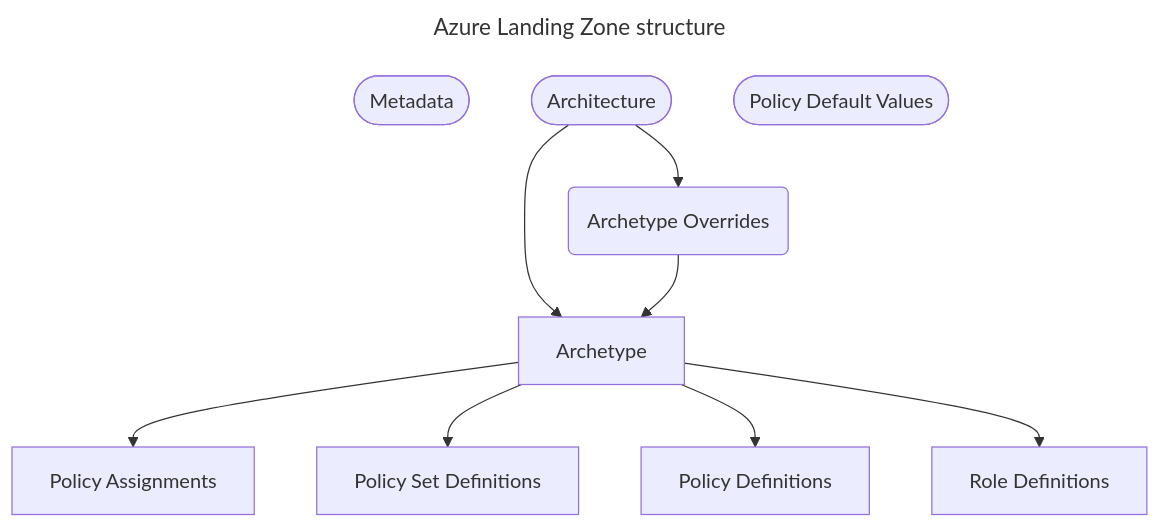
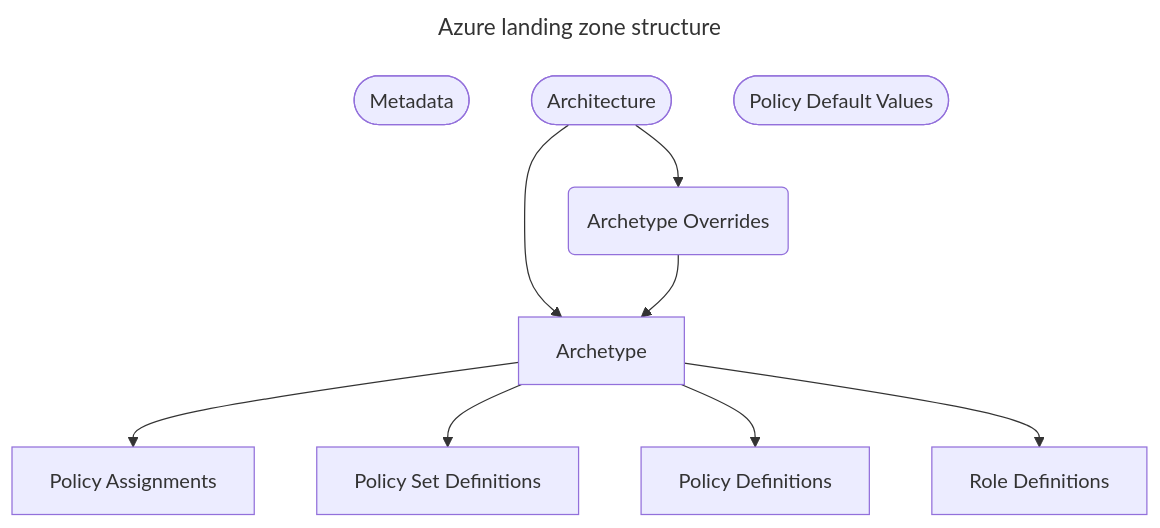
Before and after one commit to azurecitadel/azurecitadel: the diagram in content/alz/library/overview.md, drawn with Mermaid. The commit also changed other lines of this file and 68 other files, not shown here.

```diff
--- a/content/alz/library/overview.md
+++ b/content/alz/library/overview.md
@@ -20,20 +20,20 @@
 {{< mermaid >}}
 ---
-title: Azure Landing Zone structure
+title: Azure landing zone structure
 ---
 
 graph TD
   M([Metadata])
   A([Architecture])
   V([Policy Default Values])
 
   A --> AT[Archetype]
   A --> AO(Archetype Overrides)
   AO --> AT
 
   AT --> PA[Policy Assignments]
   AT --> PS[Policy Set Definitions]
   AT --> PD[Policy Definitions]
   AT --> RD[Role Definitions]
 
 {{< /mermaid >}}
```
